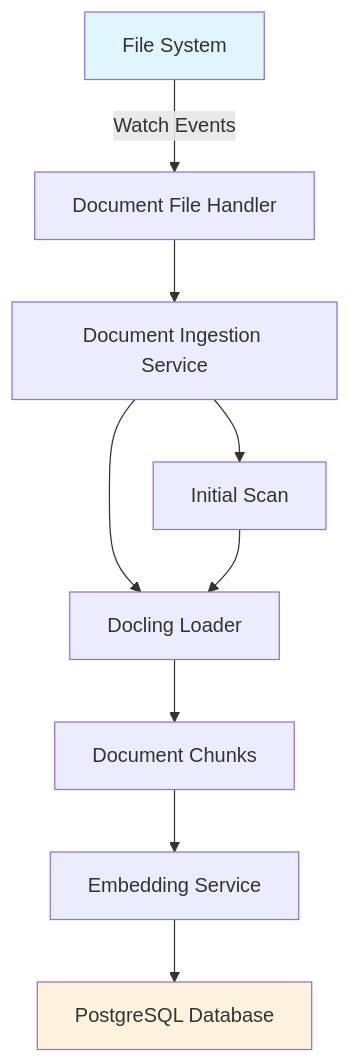
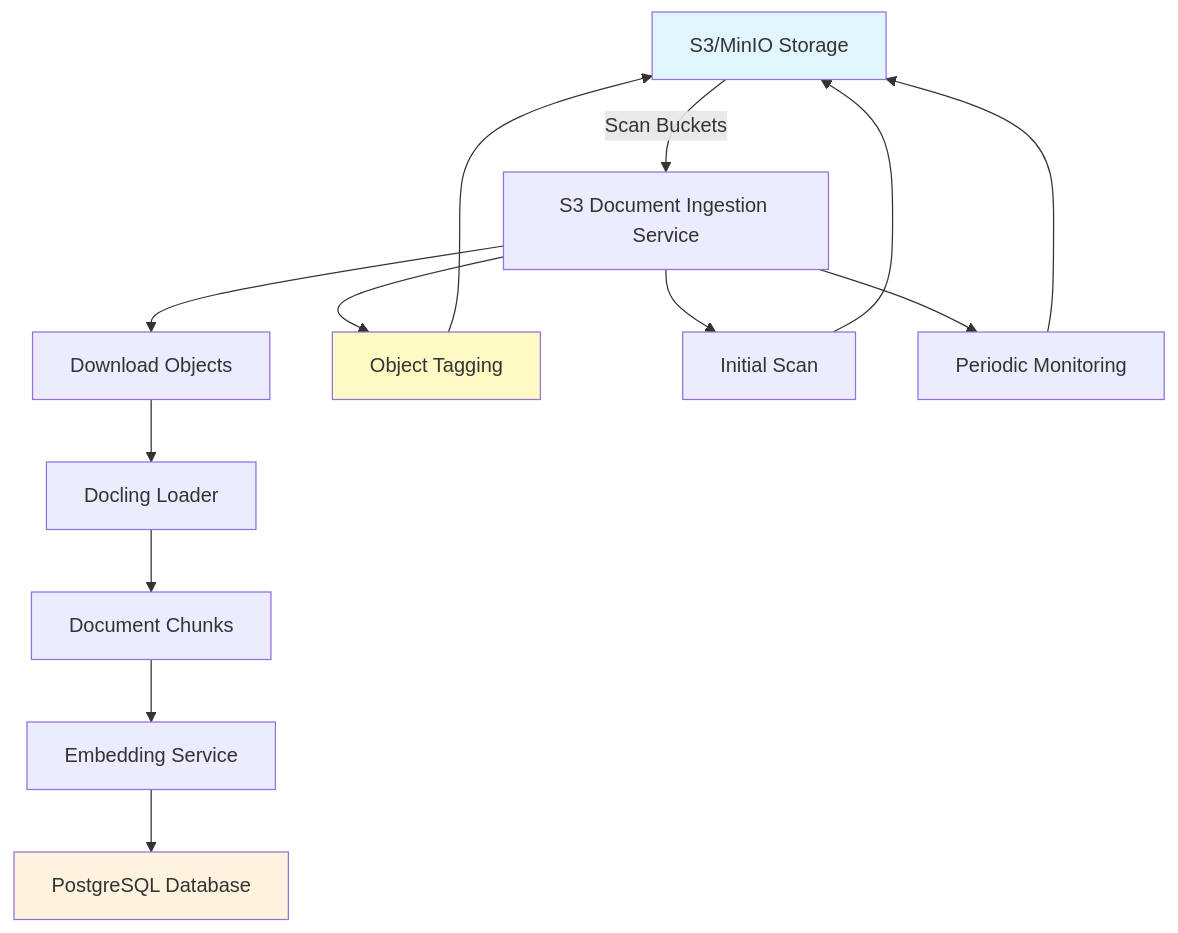
The diagram in docs/ingestion.md (DCC-BS/rag-backend), drawn with Mermaid before and after one commit. The commit also changed other lines of this file and 12 other files, not shown here.

First line of the commit message:
Enhance S3 document ingestion service and update configuration

````diff
--- a/docs/ingestion.md
+++ b/docs/ingestion.md
@@ -76,15 +93,21 @@
 ```mermaid
 graph TD
-    A[File System] -->|Watch Events| B[Document File Handler]
-    B --> C[Document Ingestion Service]
+    A[S3/MinIO Storage] -->|Scan Buckets| B[S3 Document Ingestion Service]
+    B --> C[Download Objects]
     C --> D[Docling Loader]
     D --> E[Document Chunks]
     E --> F[Embedding Service]
     F --> G[PostgreSQL Database]
+    B --> H[Object Tagging]
+    H --> A
 
-    C --> H[Initial Scan]
-    H --> D
+    B --> I[Initial Scan]
+    I --> A
+
+    B --> J[Periodic Monitoring]
+    J --> A
 
     style A fill:#E1F5FE
     style G fill:#FFF3E0
+    style H fill:#FFF9C4
 ```
````
